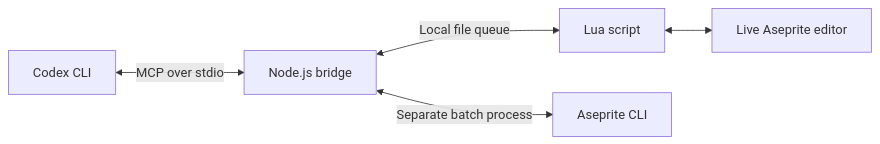
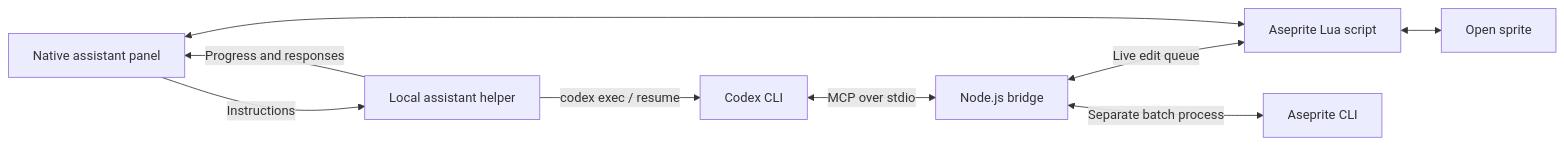
One commit to douggrubba/aseprite-codex-bridge changed the diagram in README.md. Above: the diagram before and after it, drawn with Mermaid. The commit also changed other lines of this file and 13 other files, not shown here.

Commit message:
Add native Aseprite assistant panel with model controls

````diff
--- a/README.md
+++ b/README.md
@@ -293,7 +399,11 @@
 ```mermaid
 flowchart LR
-    C[Codex CLI] <-->|MCP over stdio| N[Node.js bridge]
-    N <-->|Local file queue| L[Lua script]
-    L <--> A[Live Aseprite editor]
+    P[Native assistant panel] -->|Instructions| H[Local assistant helper]
+    H -->|Progress and responses| P
+    H -->|codex exec / resume| C[Codex CLI]
+    C <-->|MCP over stdio| N[Node.js bridge]
+    N <-->|Live edit queue| L[Aseprite Lua script]
+    P <--> L
+    L <--> A[Open sprite]
     N <-->|Separate batch process| B[Aseprite CLI]
 ```
````
